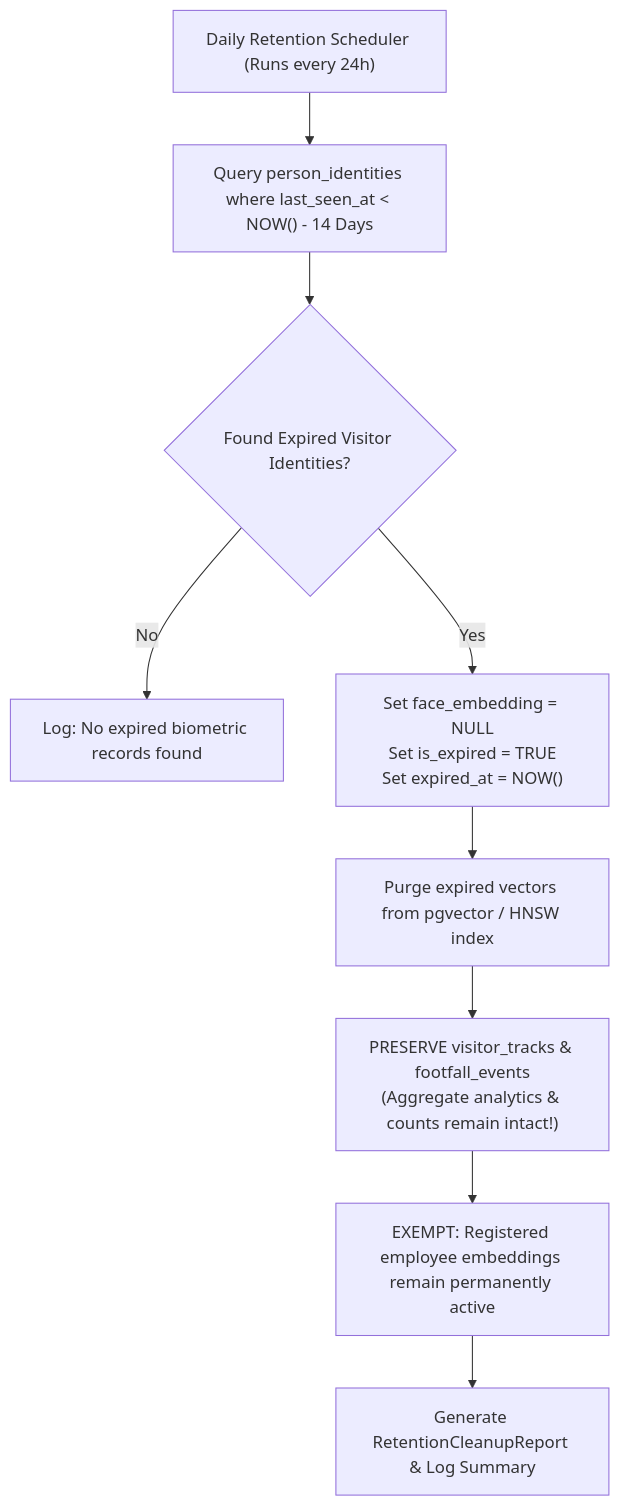
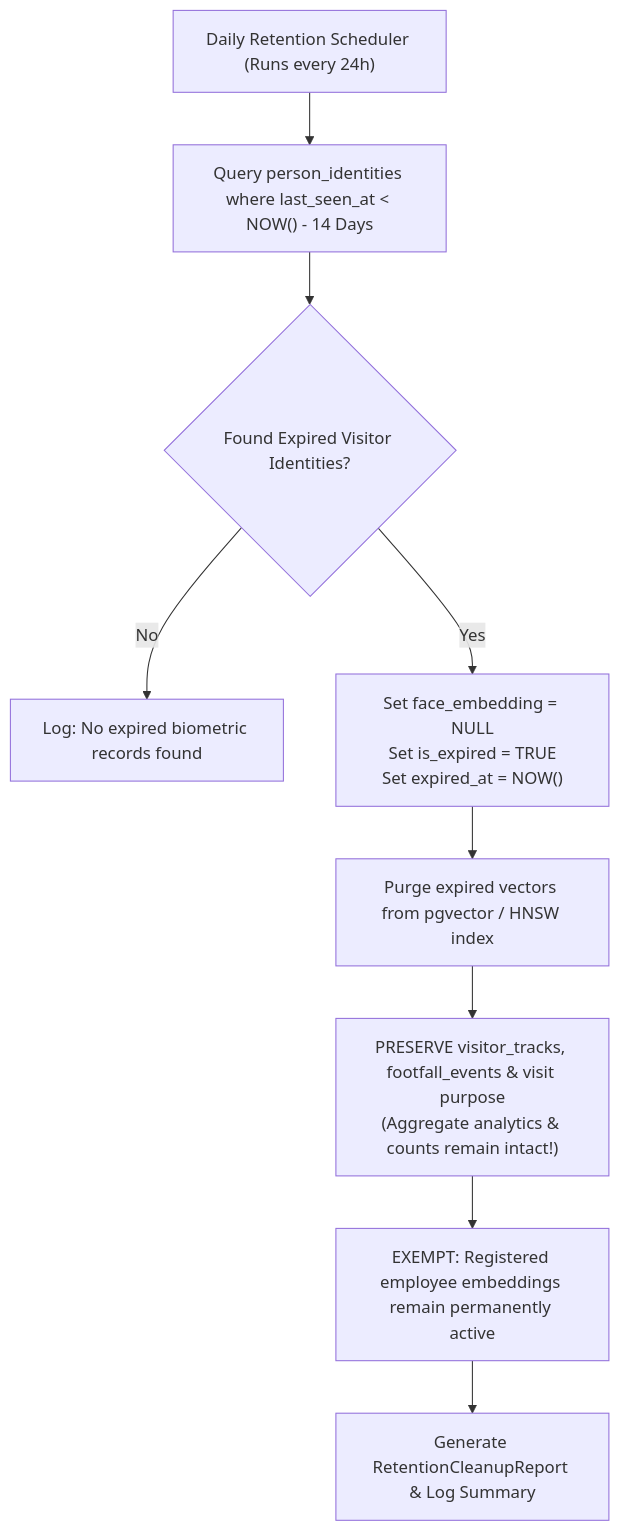
One commit to sujitctpl/jms-tech changed the sixth of 7 diagrams in flow.md. Above: the diagram before and after it, drawn with Mermaid. The commit also changed other lines of this file and 31 other files, not shown here.

````diff
--- a/flow.md
+++ b/flow.md
@@ -217,11 +391,12 @@
 ```mermaid
 flowchart TD
     Start["Daily Retention Scheduler (Runs every 24h)"] --> Query["Query person_identities where last_seen_at < NOW() - 14 Days"]
-    Query --> Check{"Found Expired Visitor Identities?"}
+    Check{"Found Expired Visitor Identities?"}
+    Query --> Check
     Check -- No --> Finish["Log: No expired biometric records found"]
     Check -- Yes --> PurgeDB["Set face_embedding = NULL\nSet is_expired = TRUE\nSet expired_at = NOW()"]
     PurgeDB --> PurgeVectors["Purge expired vectors from pgvector / HNSW index"]
-    PurgeVectors --> KeepStats["PRESERVE visitor_tracks & footfall_events\n(Aggregate analytics & counts remain intact!)"]
+    PurgeVectors --> KeepStats["PRESERVE visitor_tracks, footfall_events & visit purpose\n(Aggregate analytics & counts remain intact!)"]
     KeepStats --> ExemptStaff["EXEMPT: Registered employee embeddings remain permanently active"]
     ExemptStaff --> Report["Generate RetentionCleanupReport & Log Summary"]
 ```
````
